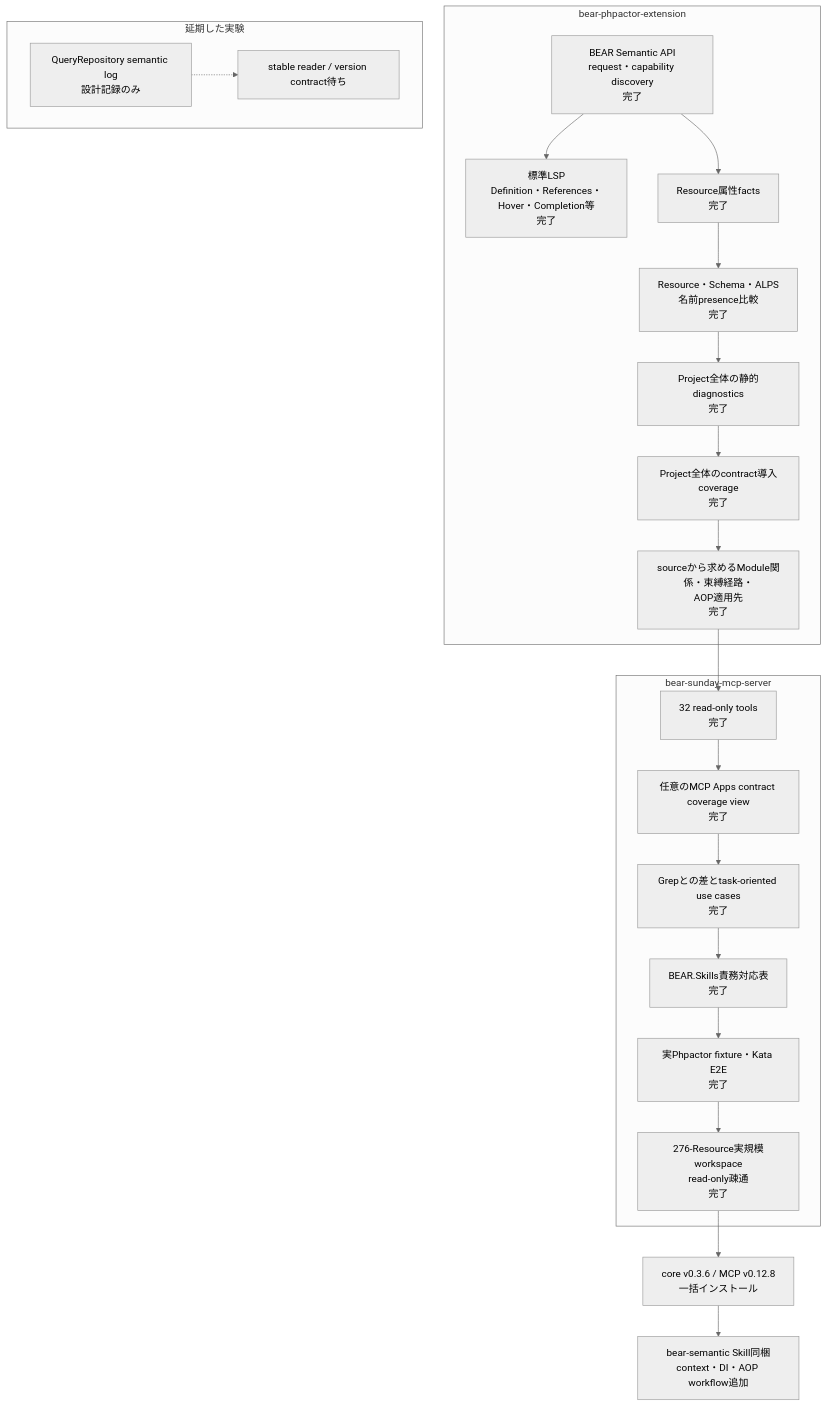
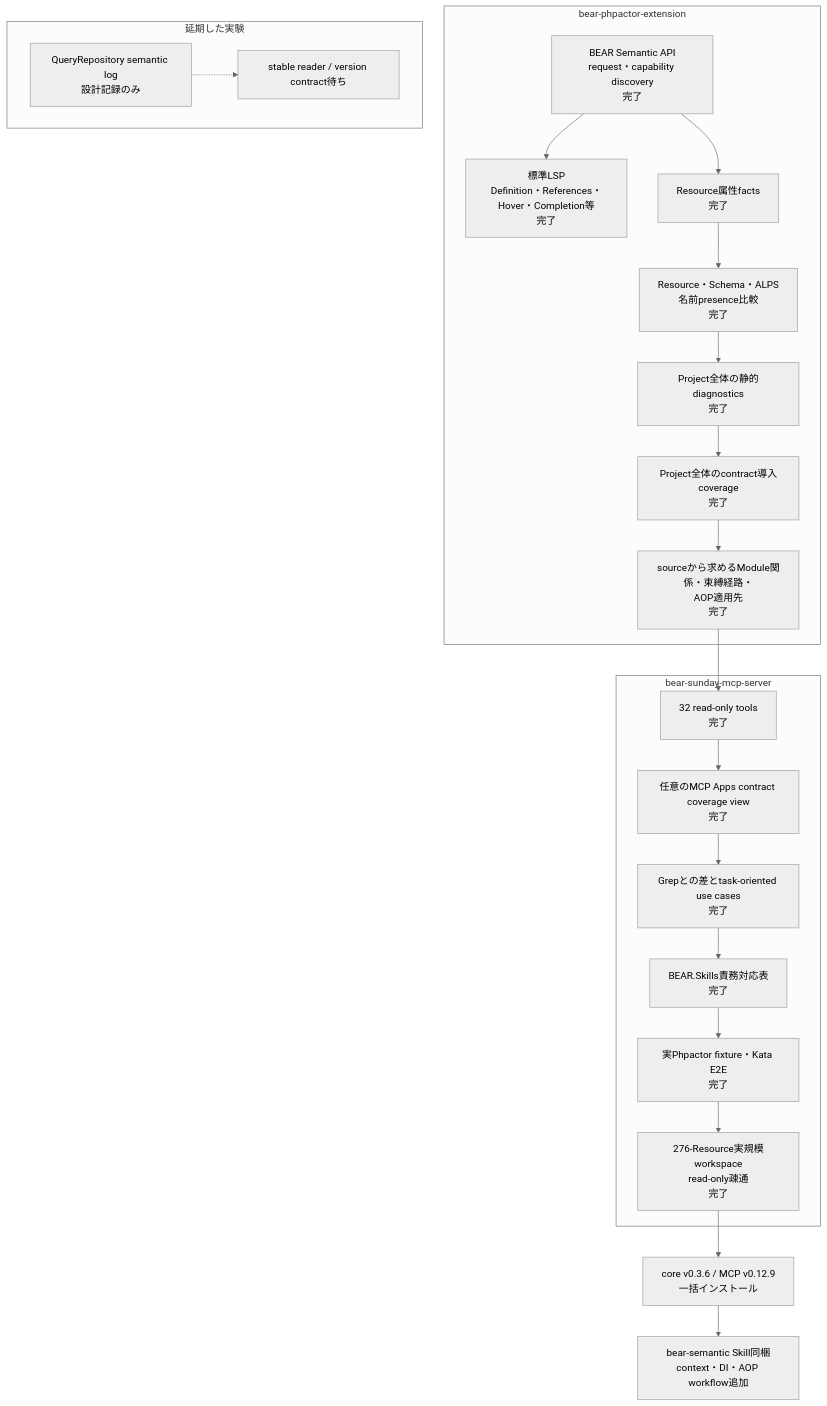
Before and after one commit to suzumaze/bear-sunday-mcp-server: the diagram in docs/project-status.ja.md, drawn with Mermaid (neutral theme). The commit also changed other lines of this file and 3 other files, not shown here.

````diff
--- a/docs/project-status.ja.md
+++ b/docs/project-status.ja.md
@@ -8,35 +8,35 @@
 ```mermaid
 flowchart TB
     subgraph Core["bear-phpactor-extension"]
         C1["BEAR Semantic API<br/>request・capability discovery<br/>完了"]
         C2["標準LSP<br/>Definition・References・Hover・Completion等<br/>完了"]
         C3["Resource属性facts<br/>完了"]
         C4["Resource・Schema・ALPS<br/>名前presence比較<br/>完了"]
         C5["Project全体の静的diagnostics<br/>完了"]
         C6["Project全体のcontract導入coverage<br/>完了"]
         C7["sourceから求めるModule関係・束縛経路・<br/>AOP適用先<br/>完了"]
         C1 --> C2
         C1 --> C3 --> C4 --> C5 --> C6 --> C7
     end
 
     subgraph MCP["bear-sunday-mcp-server"]
         M1["32 read-only tools<br/>完了"]
         M0["任意のMCP Apps contract coverage view<br/>完了"]
         M2["Grepとの差とtask-oriented use cases<br/>完了"]
         M3["BEAR.Skills責務対応表<br/>完了"]
         M4["実Phpactor fixture・Kata E2E<br/>完了"]
         M5["276-Resource実規模workspace<br/>read-only疎通<br/>完了"]
         M1 --> M0 --> M2 --> M3 --> M4 --> M5
     end
 
     C7 --> M1
 
     subgraph Deferred["延期した実験"]
         D1["QueryRepository semantic log<br/>設計記録のみ"]
         D2["stable reader / version contract待ち"]
         D1 -.-> D2
     end
 
-    M5 --> R1["core v0.3.6 / MCP v0.12.8<br/>一括インストール"]
+    M5 --> R1["core v0.3.6 / MCP v0.12.9<br/>一括インストール"]
     R1 --> S1["bear-semantic Skill同梱<br/>context・DI・AOP workflow追加"]
 ```
````
